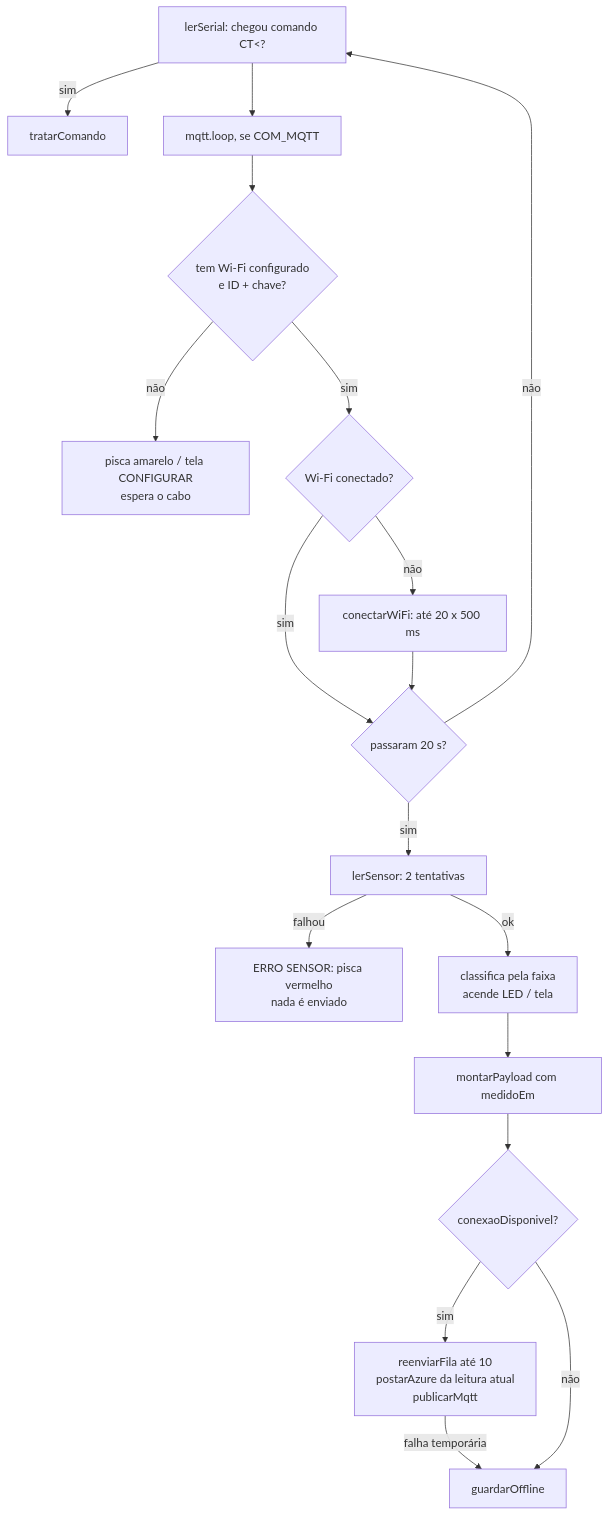
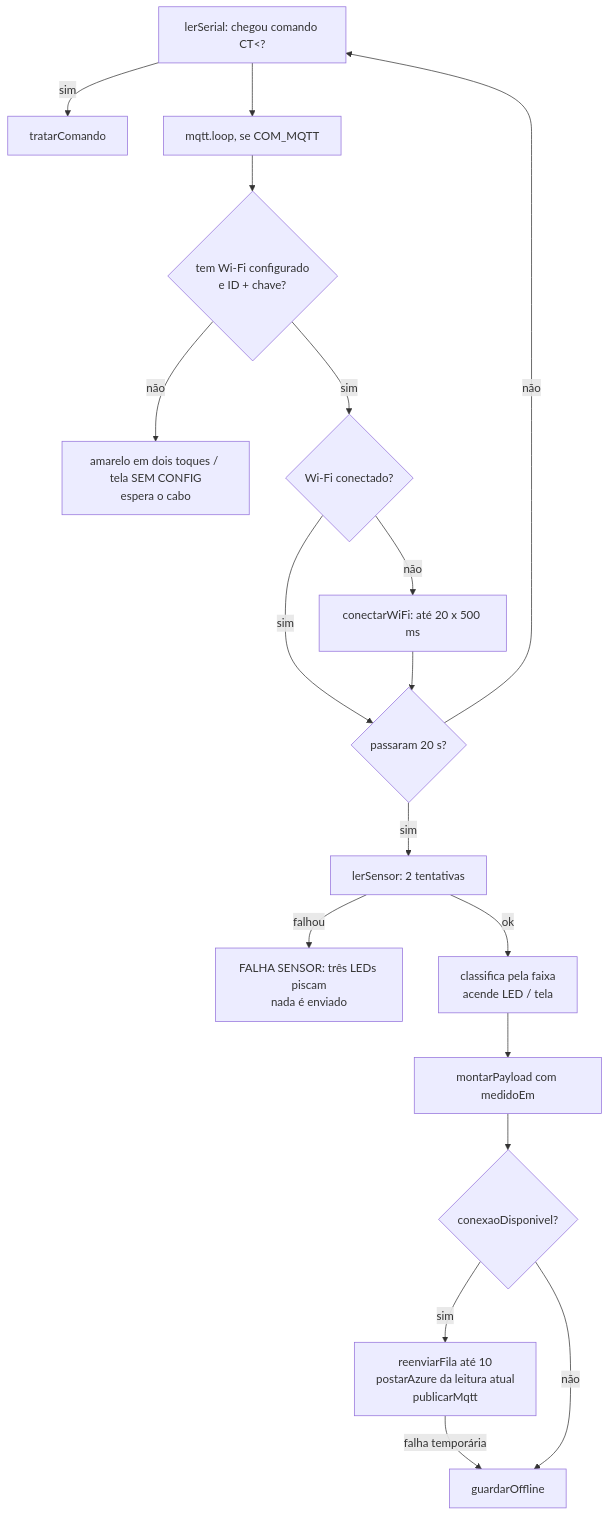
The second of 4 diagrams in docs/como-funciona.md (mbalbuquerque/projeto-integrador-4-periodo), drawn with Mermaid before and after one commit. The commit also changed other lines of this file and 8 other files, not shown here.

````diff
--- a/docs/como-funciona.md
+++ b/docs/como-funciona.md
@@ -165,20 +165,20 @@
 ```mermaid
 flowchart TD
     A[lerSerial: chegou comando CT&lt;?] -->|sim| B[tratarComando]
     A --> M[mqtt.loop, se COM_MQTT]
     M --> C{tem Wi-Fi configurado<br/>e ID + chave?}
-    C -->|não| D[pisca amarelo / tela CONFIGURAR<br/>espera o cabo]
+    C -->|não| D[amarelo em dois toques / tela SEM CONFIG<br/>espera o cabo]
     C -->|sim| E{Wi-Fi conectado?}
     E -->|não| F[conectarWiFi: até 20 x 500 ms]
     E -->|sim| G
     F --> G{passaram 20 s?}
     G -->|não| A
     G -->|sim| H[lerSensor: 2 tentativas]
-    H -->|falhou| I[ERRO SENSOR: pisca vermelho<br/>nada é enviado]
+    H -->|falhou| I[FALHA SENSOR: três LEDs piscam<br/>nada é enviado]
     H -->|ok| J[classifica pela faixa<br/>acende LED / tela]
     J --> K[montarPayload com medidoEm]
     K --> L{conexaoDisponivel?}
     L -->|sim| N[reenviarFila até 10<br/>postarAzure da leitura atual<br/>publicarMqtt]
     N -->|falha temporária| O[guardarOffline]
     L -->|não| O
 ```
````
